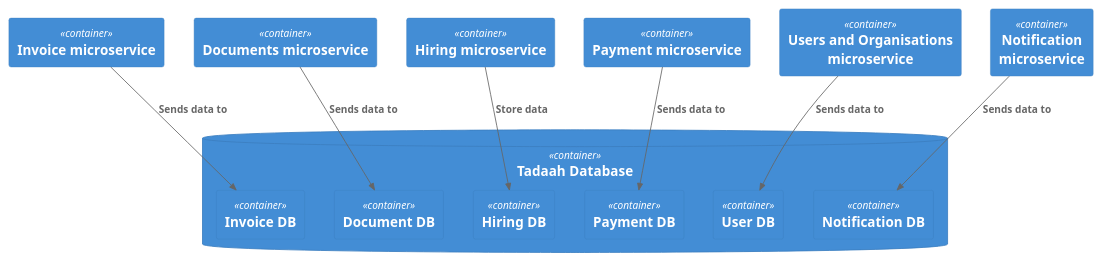
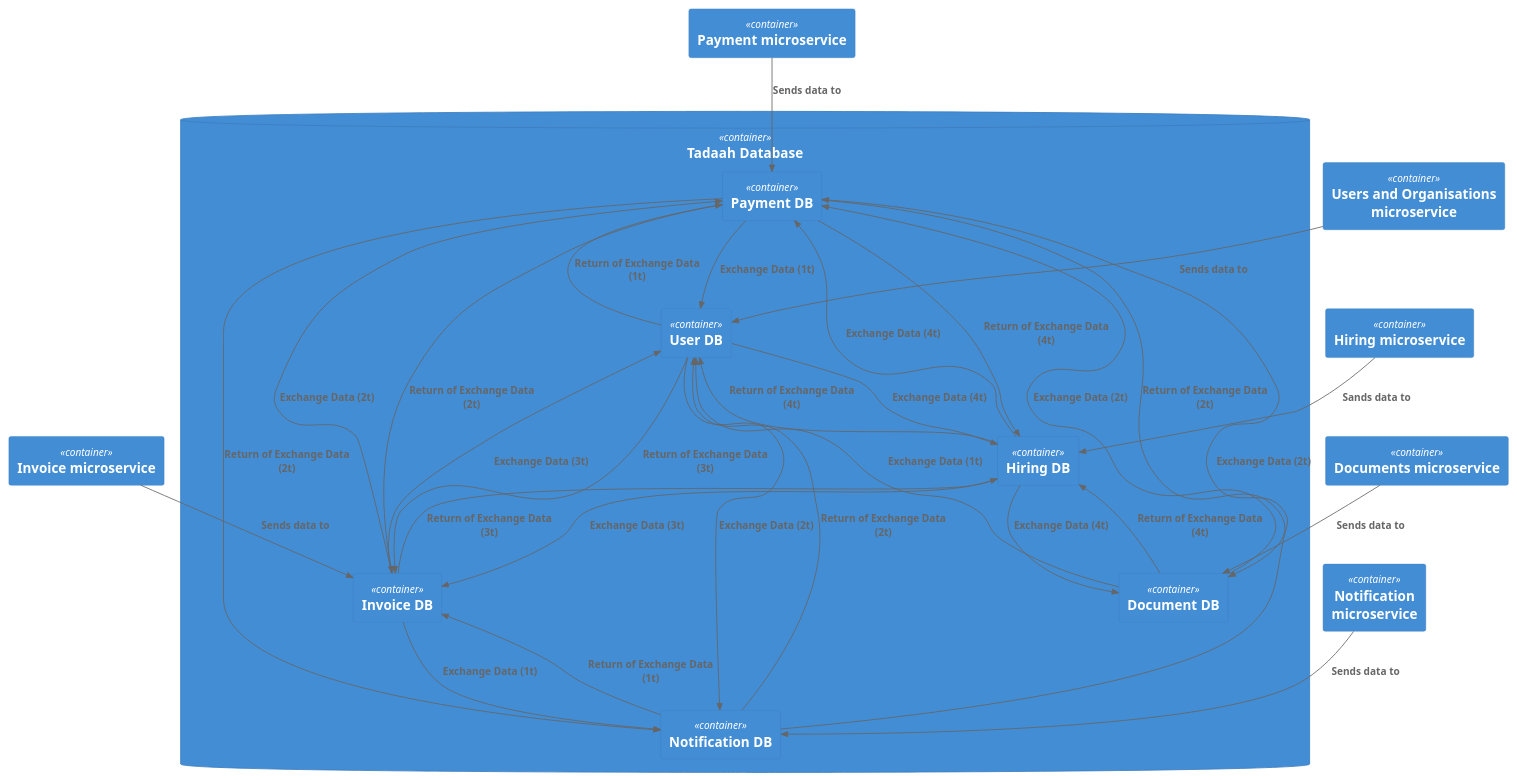
Before and after one commit to brunasti/icepanel-tools: the diagram in examples/tadaah/icePanel-C4-3-Tadaah_Database.puml, drawn with PlantUML. The commit also changed 8 other files, not shown here.

Commit message:
Updated Tadaah diagrams

```diff
--- a/examples/tadaah/icePanel-C4-3-Tadaah_Database.puml
+++ b/examples/tadaah/icePanel-C4-3-Tadaah_Database.puml
@@ -1,49 +1,84 @@
 @startuml
 'https://plantuml.com/class-diagram
 ' CONVERT ICEPANEL DIAGRAM ===========
 ' Converter          : it.brunasti.icepanel.tools.IcePanelToPlantUmlConverter
 ' IcePanel JSON File : [./examples/tadaah/tadaah-001.json]
 ' Configuration      : [./examples/tadaah/config.json]
-' Generated at       : Fri Jan 10 14:30:43 CET 2025
+' Generated at       : Fri Jan 10 17:22:14 CET 2025
 
 !include https://raw.githubusercontent.com/plantuml-stdlib/C4-PlantUML/master/C4_Context.puml
 !include https://raw.githubusercontent.com/plantuml-stdlib/C4-PlantUML/master/C4_Component.puml
 
 
 
 ContainerDb(7GHp8F8aCdHY91UqUPRd, "Tadaah Database", "") { 
     ' CLASSES =======
     Container(0tsl8NoqQthetjG1IfCY, "Payment DB", "", "")
     Container(K7gvMXFEhBLyFvU9emlk, "User DB", "", "")
     Container(iHxJuDcOScVk3PbjBcJm, "Notification DB", "", "")
     Container(AtImPU6py93rBswwEwtO, "Invoice DB", "", "")
     Container(XaKbISuZOfRaAYbo9UM9, "Hiring DB", "", "")
     Container(uzTJfXJ4WIOTbEyYvR2M, "Document DB", "", "")
 }
 
 
 ' NEIGHBOR CLASSES =======
 Container(jXlbjUjjr2WB6pexPMxU, "Invoice microservice", "", "")
 Container(E7di0Acs7tcqBfqOKmWa, "Documents microservice", "", "")
 Container(OJhfZ67lBSzo6O8q5N5D, "Hiring microservice", "", "")
 Container(xujXNZvKo0NhWwHHnzNi, "Payment microservice", "", "")
 Container(OW3XMbiGuD47ot1uwmK9, "Users and Organisations microservice", "", "")
 Container(xNzhCu9TkahbVVVwZMa7, "Notification microservice", "", "")
 
 
 ' SUB DIAGRAM CONNECTIONS ======= Base : [7GHp8F8aCdHY91UqUPRd]
 ' CONNECTION : [Sends data to] [xujXNZvKo0NhWwHHnzNi] [0tsl8NoqQthetjG1IfCY] [outgoing]
 Rel(xujXNZvKo0NhWwHHnzNi, 0tsl8NoqQthetjG1IfCY, "Sends data to" )
+' CONNECTION : [Exchange Data (4t)] [XaKbISuZOfRaAYbo9UM9] [uzTJfXJ4WIOTbEyYvR2M] [bidirectional]
+Rel(XaKbISuZOfRaAYbo9UM9, uzTJfXJ4WIOTbEyYvR2M, "Exchange Data (4t)" )
+Rel(uzTJfXJ4WIOTbEyYvR2M, XaKbISuZOfRaAYbo9UM9, "Return of Exchange Data (4t)" )
+' CONNECTION : [Exchange Data (2t)] [iHxJuDcOScVk3PbjBcJm] [0tsl8NoqQthetjG1IfCY] [bidirectional]
+Rel(iHxJuDcOScVk3PbjBcJm, 0tsl8NoqQthetjG1IfCY, "Exchange Data (2t)" )
+Rel(0tsl8NoqQthetjG1IfCY, iHxJuDcOScVk3PbjBcJm, "Return of Exchange Data (2t)" )
 ' CONNECTION : [Sends data to] [E7di0Acs7tcqBfqOKmWa] [uzTJfXJ4WIOTbEyYvR2M] [outgoing]
 Rel(E7di0Acs7tcqBfqOKmWa, uzTJfXJ4WIOTbEyYvR2M, "Sends data to" )
+' CONNECTION : [Exchange Data (1t)] [uzTJfXJ4WIOTbEyYvR2M] [K7gvMXFEhBLyFvU9emlk] [outgoing]
+Rel(uzTJfXJ4WIOTbEyYvR2M, K7gvMXFEhBLyFvU9emlk, "Exchange Data (1t)" )
+' CONNECTION : [Exchange Data (2t)] [uzTJfXJ4WIOTbEyYvR2M] [0tsl8NoqQthetjG1IfCY] [bidirectional]
+Rel(uzTJfXJ4WIOTbEyYvR2M, 0tsl8NoqQthetjG1IfCY, "Exchange Data (2t)" )
+Rel(0tsl8NoqQthetjG1IfCY, uzTJfXJ4WIOTbEyYvR2M, "Return of Exchange Data (2t)" )
+' CONNECTION : [Exchange Data (3t)] [AtImPU6py93rBswwEwtO] [K7gvMXFEhBLyFvU9emlk] [bidirectional]
+Rel(AtImPU6py93rBswwEwtO, K7gvMXFEhBLyFvU9emlk, "Exchange Data (3t)" )
+Rel(K7gvMXFEhBLyFvU9emlk, AtImPU6py93rBswwEwtO, "Return of Exchange Data (3t)" )
+' CONNECTION : [Exchange Data (3t)] [XaKbISuZOfRaAYbo9UM9] [AtImPU6py93rBswwEwtO] [bidirectional]
+Rel(XaKbISuZOfRaAYbo9UM9, AtImPU6py93rBswwEwtO, "Exchange Data (3t)" )
+Rel(AtImPU6py93rBswwEwtO, XaKbISuZOfRaAYbo9UM9, "Return of Exchange Data (3t)" )
+' CONNECTION : [Exchange Data (4t)] [XaKbISuZOfRaAYbo9UM9] [0tsl8NoqQthetjG1IfCY] [bidirectional]
+Rel(XaKbISuZOfRaAYbo9UM9, 0tsl8NoqQthetjG1IfCY, "Exchange Data (4t)" )
+Rel(0tsl8NoqQthetjG1IfCY, XaKbISuZOfRaAYbo9UM9, "Return of Exchange Data (4t)" )
 ' CONNECTION : [Sends data to] [OW3XMbiGuD47ot1uwmK9] [K7gvMXFEhBLyFvU9emlk] [outgoing]
 Rel(OW3XMbiGuD47ot1uwmK9, K7gvMXFEhBLyFvU9emlk, "Sends data to" )
 ' CONNECTION : [Sends data to] [jXlbjUjjr2WB6pexPMxU] [AtImPU6py93rBswwEwtO] [outgoing]
 Rel(jXlbjUjjr2WB6pexPMxU, AtImPU6py93rBswwEwtO, "Sends data to" )
-' CONNECTION : [Store data] [OJhfZ67lBSzo6O8q5N5D] [XaKbISuZOfRaAYbo9UM9] [outgoing]
-Rel(OJhfZ67lBSzo6O8q5N5D, XaKbISuZOfRaAYbo9UM9, "Store data" )
+' CONNECTION : [Exchange Data (4t)] [K7gvMXFEhBLyFvU9emlk] [XaKbISuZOfRaAYbo9UM9] [bidirectional]
+Rel(K7gvMXFEhBLyFvU9emlk, XaKbISuZOfRaAYbo9UM9, "Exchange Data (4t)" )
+Rel(XaKbISuZOfRaAYbo9UM9, K7gvMXFEhBLyFvU9emlk, "Return of Exchange Data (4t)" )
+' CONNECTION : [Sands data to] [OJhfZ67lBSzo6O8q5N5D] [XaKbISuZOfRaAYbo9UM9] [outgoing]
+Rel(OJhfZ67lBSzo6O8q5N5D, XaKbISuZOfRaAYbo9UM9, "Sands data to" )
 ' CONNECTION : [Sends data to] [xNzhCu9TkahbVVVwZMa7] [iHxJuDcOScVk3PbjBcJm] [outgoing]
 Rel(xNzhCu9TkahbVVVwZMa7, iHxJuDcOScVk3PbjBcJm, "Sends data to" )
+' CONNECTION : [Exchange Data (2t)] [K7gvMXFEhBLyFvU9emlk] [iHxJuDcOScVk3PbjBcJm] [bidirectional]
+Rel(K7gvMXFEhBLyFvU9emlk, iHxJuDcOScVk3PbjBcJm, "Exchange Data (2t)" )
+Rel(iHxJuDcOScVk3PbjBcJm, K7gvMXFEhBLyFvU9emlk, "Return of Exchange Data (2t)" )
+' CONNECTION : [Exchange Data (2t)] [AtImPU6py93rBswwEwtO] [0tsl8NoqQthetjG1IfCY] [bidirectional]
+Rel(AtImPU6py93rBswwEwtO, 0tsl8NoqQthetjG1IfCY, "Exchange Data (2t)" )
+Rel(0tsl8NoqQthetjG1IfCY, AtImPU6py93rBswwEwtO, "Return of Exchange Data (2t)" )
+' CONNECTION : [Exchange Data (1t)] [AtImPU6py93rBswwEwtO] [iHxJuDcOScVk3PbjBcJm] [bidirectional]
+Rel(AtImPU6py93rBswwEwtO, iHxJuDcOScVk3PbjBcJm, "Exchange Data (1t)" )
+Rel(iHxJuDcOScVk3PbjBcJm, AtImPU6py93rBswwEwtO, "Return of Exchange Data (1t)" )
+' CONNECTION : [Exchange Data (1t)] [0tsl8NoqQthetjG1IfCY] [K7gvMXFEhBLyFvU9emlk] [bidirectional]
+Rel(0tsl8NoqQthetjG1IfCY, K7gvMXFEhBLyFvU9emlk, "Exchange Data (1t)" )
+Rel(K7gvMXFEhBLyFvU9emlk, 0tsl8NoqQthetjG1IfCY, "Return of Exchange Data (1t)" )
 
 
 @enduml
```
